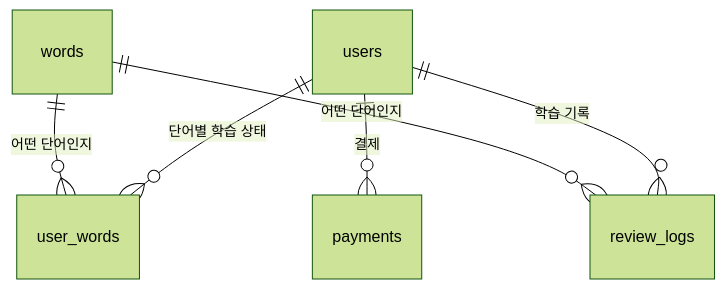
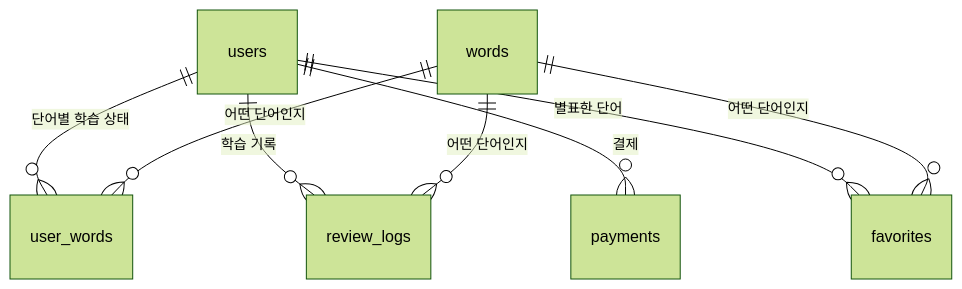
One commit to popchoi0504-lgtm/smart-voca-new changed the diagram in ai-agent/claude/설계_261103_데이터 설계서(Data Design) v1.0.md. Above: the diagram before and after it, drawn with Mermaid (forest theme). The commit also changed other lines of this file and 4 other files, not shown here.

````diff
--- a/ai-agent/claude/설계_261103_데이터 설계서(Data Design) v1.0.md
+++ b/ai-agent/claude/설계_261103_데이터 설계서(Data Design) v1.0.md
@@ -44,8 +45,10 @@
 ```mermaid
 erDiagram
     users ||--o{ user_words : "단어별 학습 상태"
     words ||--o{ user_words : "어떤 단어인지"
     users ||--o{ review_logs : "학습 기록"
     words ||--o{ review_logs : "어떤 단어인지"
     users ||--o{ payments : "결제"
+    users ||--o{ favorites : "별표한 단어"
+    words ||--o{ favorites : "어떤 단어인지"
 ```
````
